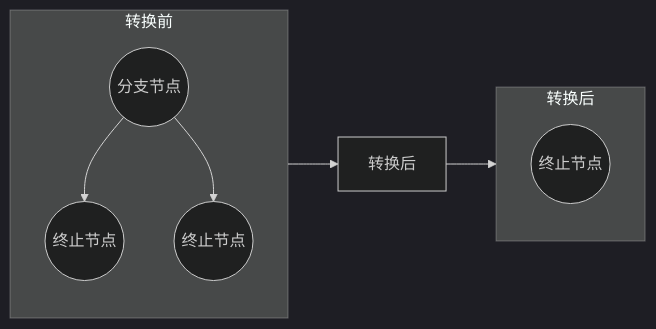
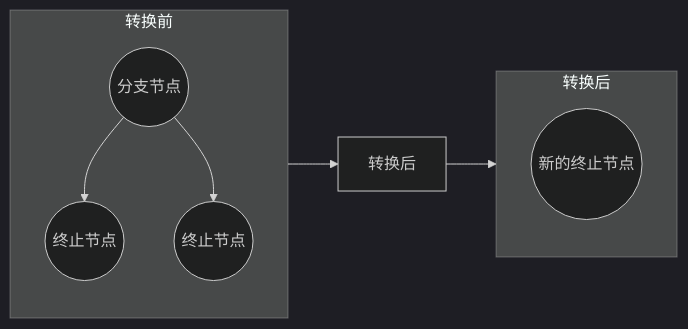
Diagram 17 of 22 in 控制流节点合并说明文档.md (jsCrack8/JavaScript-Deobfuscator), drawn with Mermaid (dark theme) before and after one commit. The commit also changed other lines of this file, not shown here.

````diff
--- a/控制流节点合并说明文档.md
+++ b/控制流节点合并说明文档.md
@@ -352,17 +359,17 @@
 ```mermaid
 flowchart LR
   subgraph L7["转换前"]
     direction TB
     A7(("分支节点"))
     B7(("终止节点"))
     C7(("终止节点"))
     A7 --> B7
     A7 --> C7
   end
-  B7 --> X7["转换后"]
+  X7["转换后"]
   subgraph R7["转换后"]
     direction TB
-    D7(("终止节点"))
+    D7(("新的终止节点"))
   end
-  X7 --> D7
+  L7 --> X7 --> R7
 ```
````
